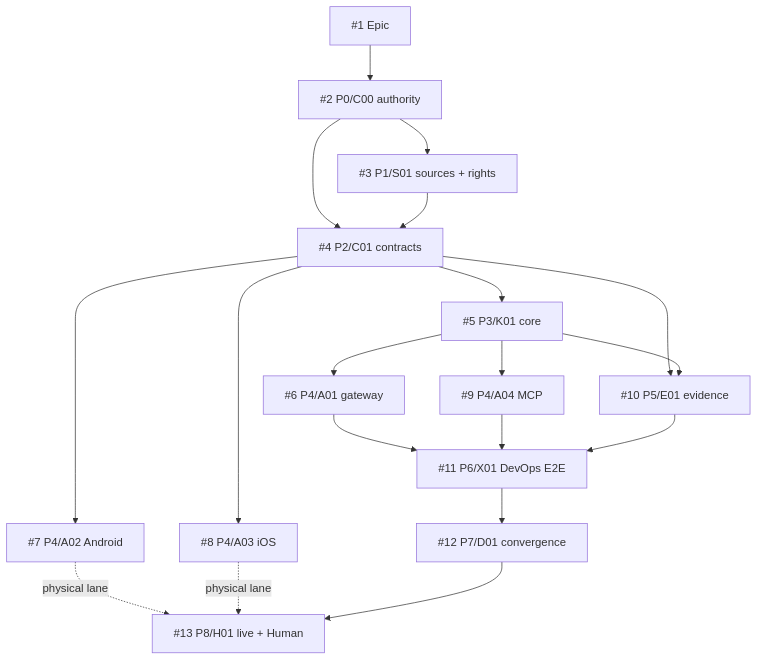
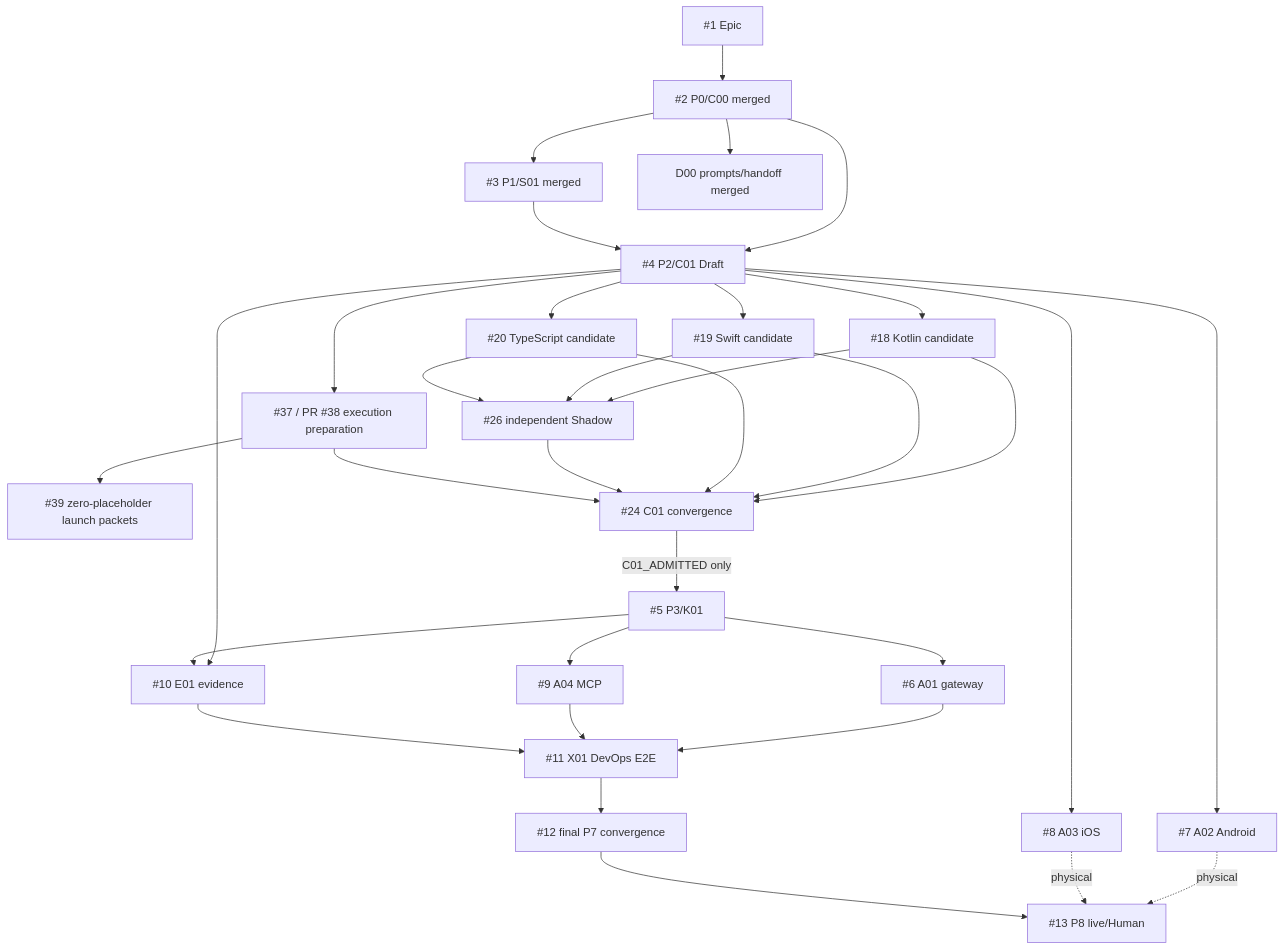
Before and after one commit to ed3c/ActionGate: the first of 2 diagrams in README.md, drawn with Mermaid. The commit also changed other lines of this file and 9 other files, not shown here.

First line of the commit message:
docs(D00-MAIN): reconcile merged bootstrap, PDF closure and Local Handoff (#42)

````diff
--- a/README.md
+++ b/README.md
@@ -76,21 +80,38 @@
 ```mermaid
 flowchart TD
-  I1["#1 Epic"] --> I2["#2 P0/C00 authority"]
-  I2 --> I3["#3 P1/S01 sources + rights"]
-  I2 --> I4["#4 P2/C01 contracts"]
+  I1["#1 Epic"] --> I2["#2 P0/C00 merged"]
+  I2 --> I3["#3 P1/S01 merged"]
+  I2 --> D00["D00 prompts/handoff merged"]
+  I2 --> I4["#4 P2/C01 Draft"]
   I3 --> I4
-  I4 --> I5["#5 P3/K01 core"]
-  I4 --> I7["#7 P4/A02 Android"]
-  I4 --> I8["#8 P4/A03 iOS"]
-  I5 --> I6["#6 P4/A01 gateway"]
-  I5 --> I9["#9 P4/A04 MCP"]
-  I4 --> I10["#10 P5/E01 evidence"]
+
+  I4 --> K["#18 Kotlin candidate"]
+  I4 --> S["#19 Swift candidate"]
+  I4 --> T["#20 TypeScript candidate"]
+  I4 --> EP["#37 / PR #38 execution preparation"]
+  EP --> LP["#39 zero-placeholder launch packets"]
+
+  K --> SH["#26 independent Shadow"]
+  S --> SH
+  T --> SH
+  K --> CV["#24 C01 convergence"]
+  S --> CV
+  T --> CV
+  SH --> CV
+  EP --> CV
+
+  CV -->|C01_ADMITTED only| I5["#5 P3/K01"]
+  I5 --> I6["#6 A01 gateway"]
+  I4 --> I7["#7 A02 Android"]
+  I4 --> I8["#8 A03 iOS"]
+  I5 --> I9["#9 A04 MCP"]
+  I4 --> I10["#10 E01 evidence"]
   I5 --> I10
-  I6 --> I11["#11 P6/X01 DevOps E2E"]
+  I6 --> I11["#11 X01 DevOps E2E"]
   I9 --> I11
   I10 --> I11
-  I7 -. physical lane .-> I13["#13 P8/H01 live + Human"]
-  I8 -. physical lane .-> I13
-  I11 --> I12["#12 P7/D01 convergence"]
+  I11 --> I12["#12 final P7 convergence"]
+  I7 -. physical .-> I13["#13 P8 live/Human"]
+  I8 -. physical .-> I13
   I12 --> I13
 ```
````
